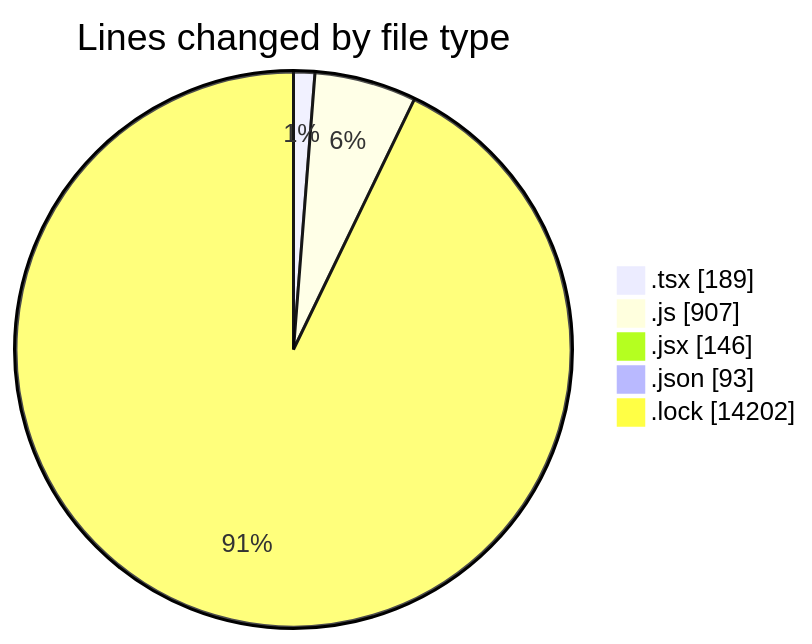
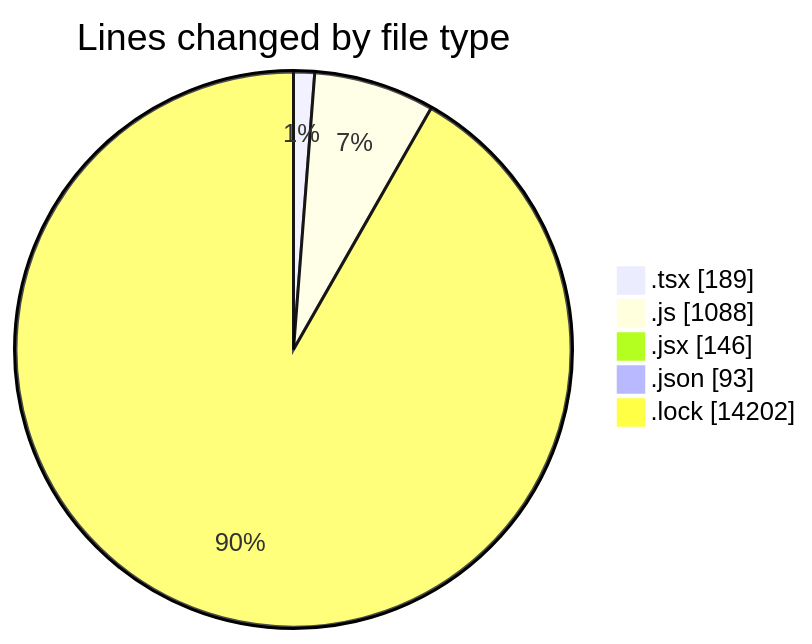
The first of 2 diagrams in 2025-05-08/cda/README.md (momahboobian/code-tracking), drawn with Mermaid before and after one commit. The commit also changed other lines of this file and 1 other file, not shown here.

````diff
--- a/2025-05-08/cda/README.md
+++ b/2025-05-08/cda/README.md
@@ -28,9 +29,9 @@
 ```mermaid
 pie showData
 title Lines changed by file type
 ".tsx" : 189
-".js" : 907
+".js" : 1088
 ".jsx" : 146
 ".json" : 93
 ".lock" : 14202
 ```
````
